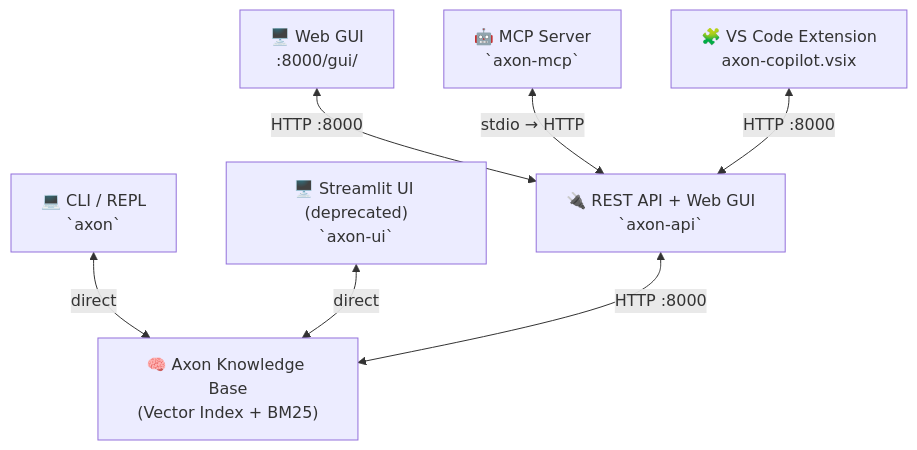
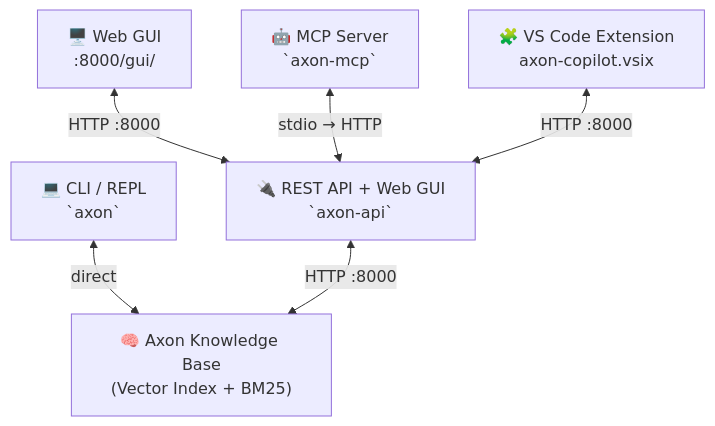
The diagram in docs/assets/diagrams/entry-points.mmd (jyunming/Axon), drawn with Mermaid before and after one commit. The commit also changed 26 other files, not shown here.

```diff
--- a/docs/assets/diagrams/entry-points.mmd
+++ b/docs/assets/diagrams/entry-points.mmd
@@ -1,16 +1,14 @@
 flowchart TB
     KB["🧠 Axon Knowledge Base\n(Vector Index + BM25)"]
 
     REPL["💻 CLI / REPL\n`axon`"]
-    UI["🖥️ Streamlit UI (deprecated)\n`axon-ui`"]
     API["🔌 REST API + Web GUI\n`axon-api`"]
     GUI["🖥️ Web GUI\n:8000/gui/"]
     MCP["🤖 MCP Server\n`axon-mcp`"]
     EXT["🧩 VS Code Extension\naxon-copilot.vsix"]
 
     REPL <-->|direct| KB
-    UI <-->|direct| KB
     API <-->|HTTP :8000| KB
     GUI <-->|HTTP :8000| API
     MCP <-->|stdio → HTTP| API
     EXT <-->|HTTP :8000| API
```
